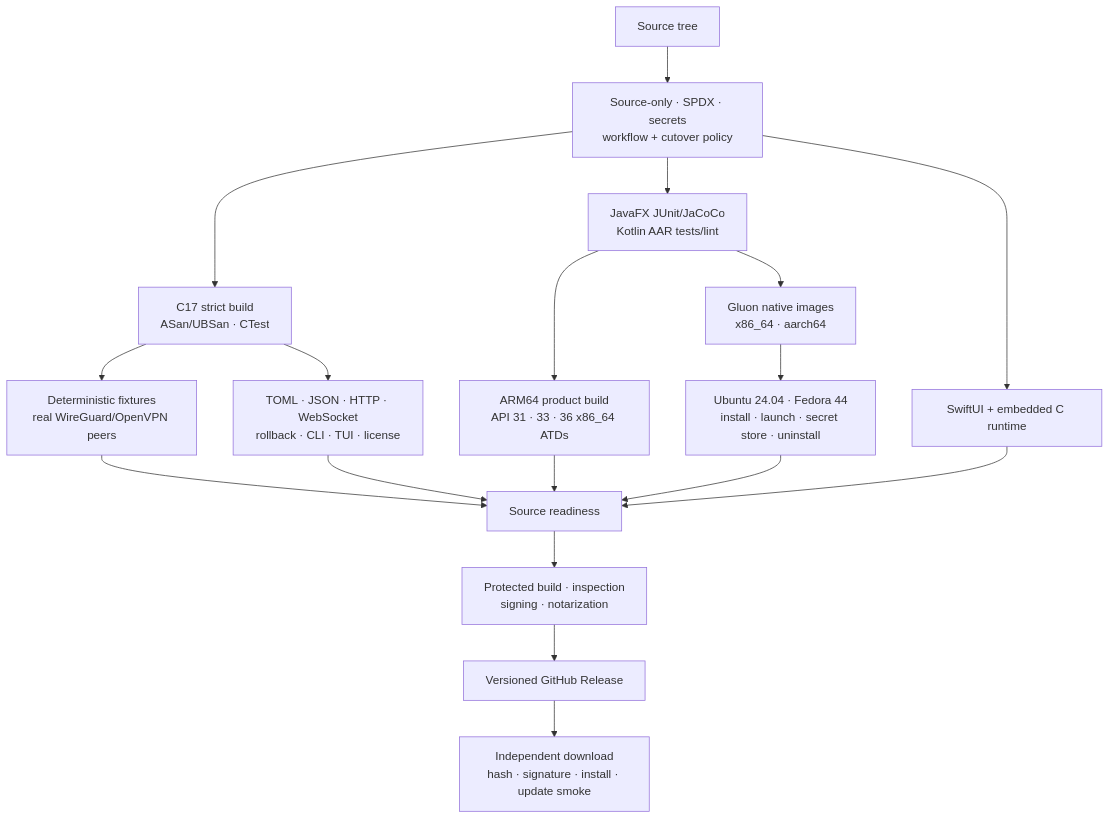
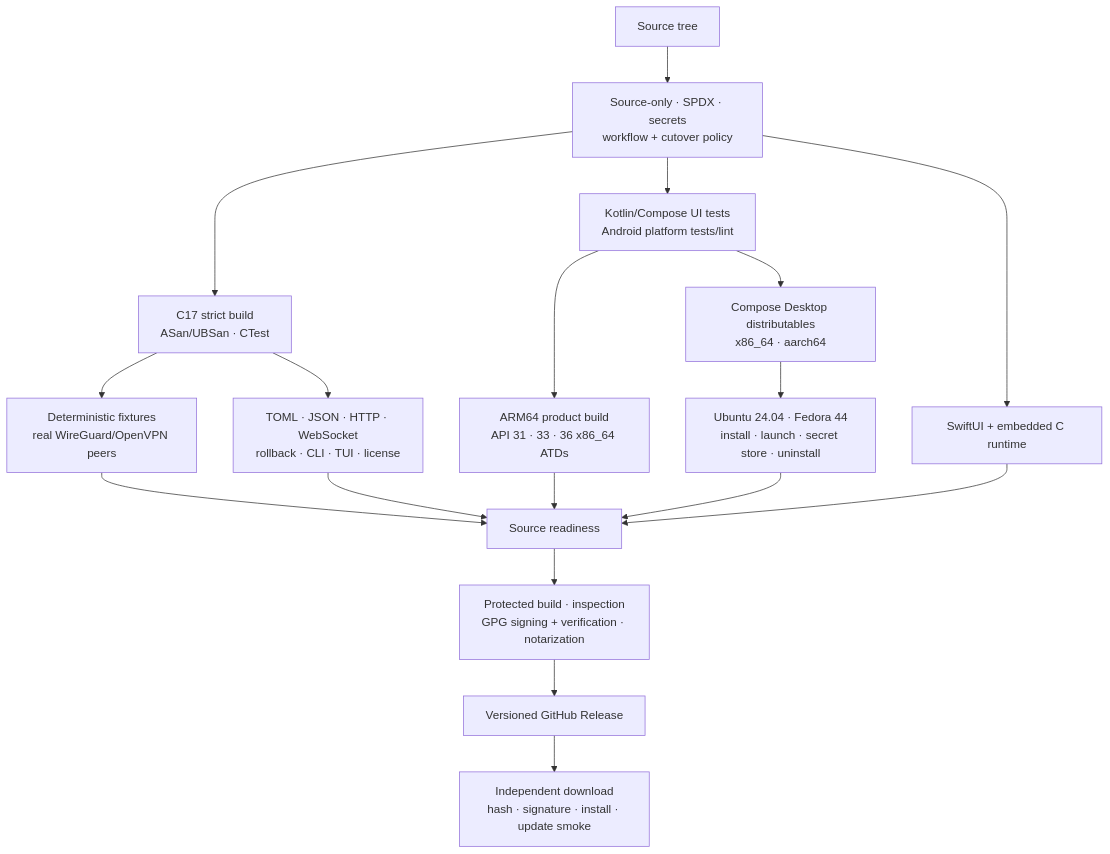
The diagram in docs/release-validation.md (JohnThre/clambhook), drawn with Mermaid before and after one commit. The commit also changed other lines of this file and 19 other files, not shown here.

First line of the commit message:
docs: document Kotlin UI, Ubuntu/Fedora-only Linux, and signed installers

````diff
--- a/docs/release-validation.md
+++ b/docs/release-validation.md
@@ -13,20 +13,20 @@
 ```mermaid
 flowchart TD
     source["Source tree"] --> policy["Source-only · SPDX · secrets<br/>workflow + cutover policy"]
     policy --> native["C17 strict build<br/>ASan/UBSan · CTest"]
-    policy --> ui["JavaFX JUnit/JaCoCo<br/>Kotlin AAR tests/lint"]
+    policy --> ui["Kotlin/Compose UI tests<br/>Android platform tests/lint"]
     policy --> mac["SwiftUI + embedded C runtime"]
     native --> protocols["Deterministic fixtures<br/>real WireGuard/OpenVPN peers"]
     native --> contracts["TOML · JSON · HTTP · WebSocket<br/>rollback · CLI · TUI · license"]
     ui --> android["ARM64 product build<br/>API 31 · 33 · 36 x86_64 ATDs"]
-    ui --> linux["Gluon native images<br/>x86_64 · aarch64"]
+    ui --> linux["Compose Desktop distributables<br/>x86_64 · aarch64"]
     linux --> distros["Ubuntu 24.04 · Fedora 44<br/>install · launch · secret store · uninstall"]
     protocols --> ready["Source readiness"]
     contracts --> ready
     android --> ready
     distros --> ready
     mac --> ready
-    ready --> protected["Protected build · inspection<br/>signing · notarization"]
+    ready --> protected["Protected build · inspection<br/>GPG signing + verification · notarization"]
     protected --> published["Versioned GitHub Release"]
     published --> download["Independent download<br/>hash · signature · install · update smoke"]
 ```
````
